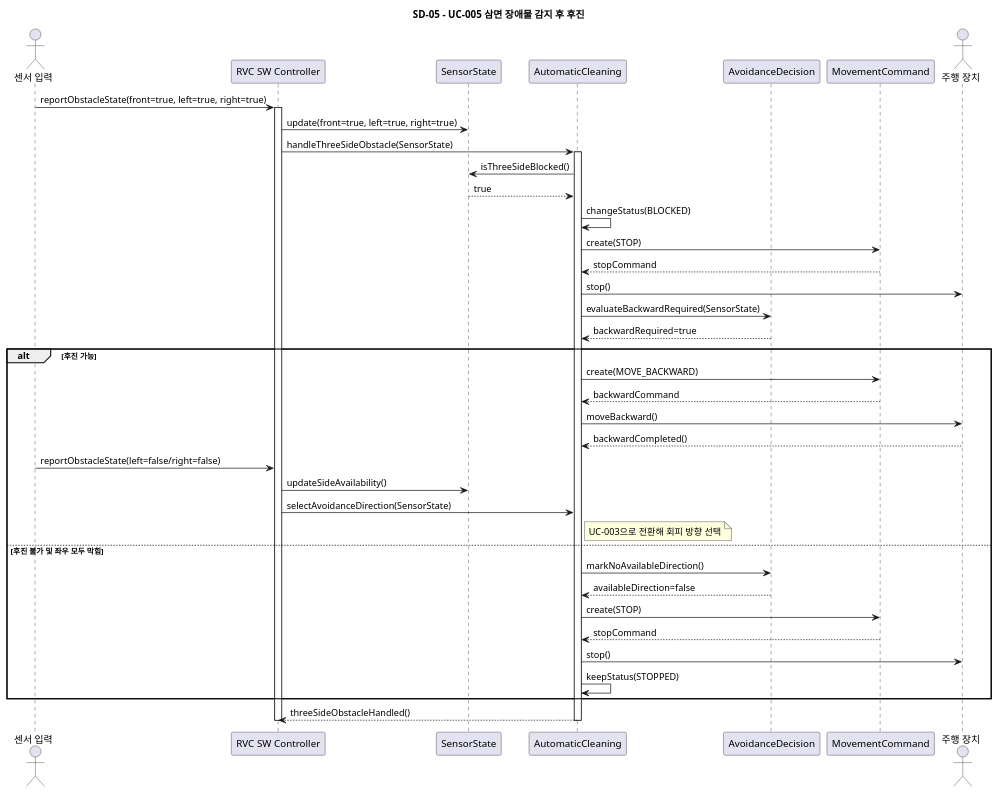
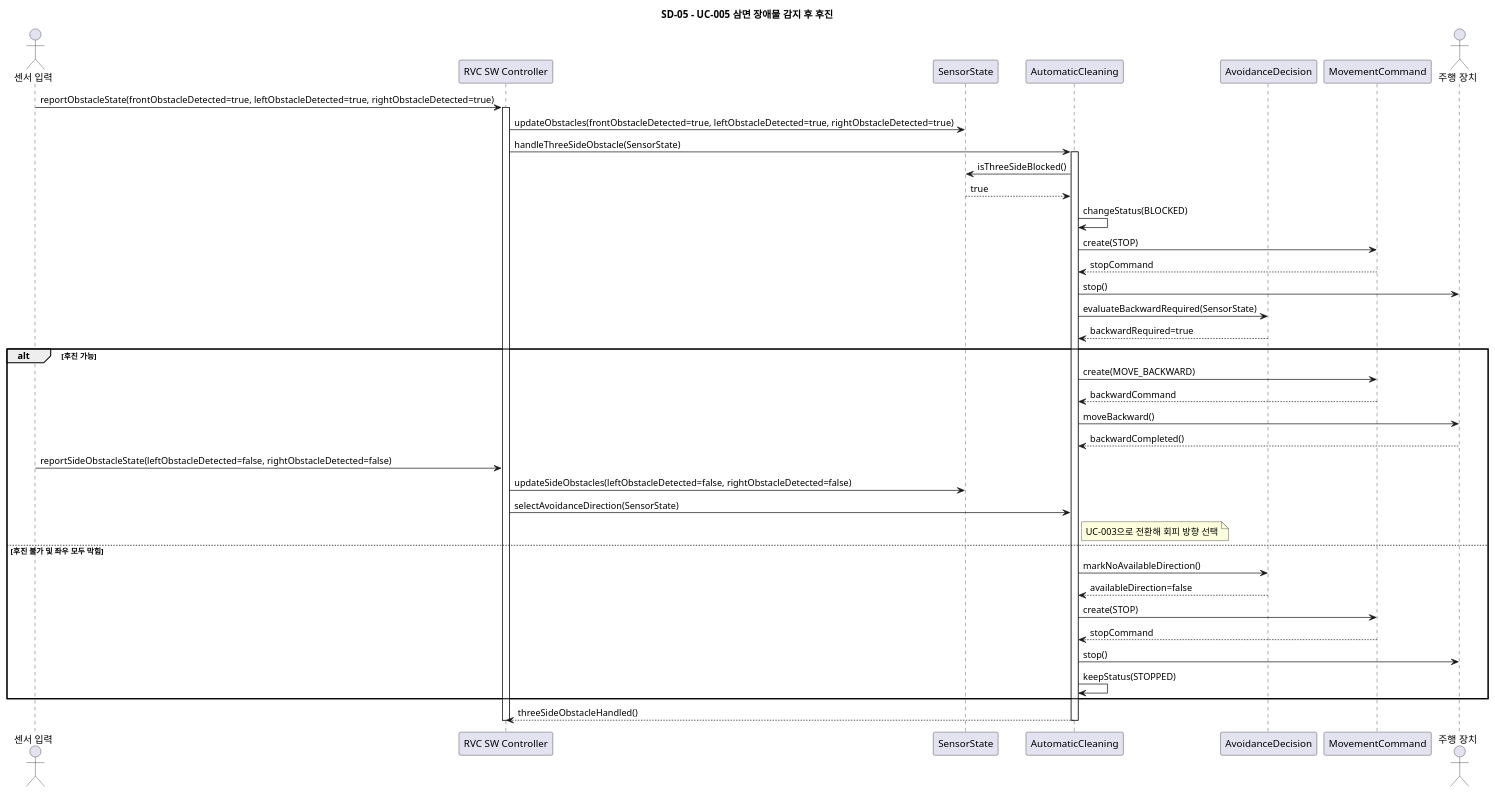
The diagram in docs/sd/SD-05.puml (OOAD-Team3/Robot-Vacuum-Cleaner-AI), drawn with PlantUML before and after one commit. The commit also changed 14 other files, not shown here.

Commit message:
docs: address diagram review feedback

```diff
--- a/docs/sd/SD-05.puml
+++ b/docs/sd/SD-05.puml
@@ -6,47 +6,47 @@
 @startuml SD_05_UC005_Backward_On_Three_Side_Obstacle
 title SD-05 - UC-005 삼면 장애물 감지 후 후진
 
 actor "센서 입력" as Sensor
 participant "RVC SW Controller" as Controller
 participant "SensorState" as SensorState
 participant "AutomaticCleaning" as Cleaning
 participant "AvoidanceDecision" as AvoidanceDecision
 participant "MovementCommand" as MovementCommand
 actor "주행 장치" as Drive
 
-Sensor -> Controller: reportObstacleState(front=true, left=true, right=true)
+Sensor -> Controller: reportObstacleState(frontObstacleDetected=true, leftObstacleDetected=true, rightObstacleDetected=true)
 activate Controller
-Controller -> SensorState: update(front=true, left=true, right=true)
+Controller -> SensorState: updateObstacles(frontObstacleDetected=true, leftObstacleDetected=true, rightObstacleDetected=true)
 Controller -> Cleaning: handleThreeSideObstacle(SensorState)
 activate Cleaning
 Cleaning -> SensorState: isThreeSideBlocked()
 SensorState --> Cleaning: true
 Cleaning -> Cleaning: changeStatus(BLOCKED)
 Cleaning -> MovementCommand: create(STOP)
 MovementCommand --> Cleaning: stopCommand
 Cleaning -> Drive: stop()
 Cleaning -> AvoidanceDecision: evaluateBackwardRequired(SensorState)
 AvoidanceDecision --> Cleaning: backwardRequired=true
 
 alt 후진 가능
     Cleaning -> MovementCommand: create(MOVE_BACKWARD)
     MovementCommand --> Cleaning: backwardCommand
     Cleaning -> Drive: moveBackward()
     Drive --> Cleaning: backwardCompleted()
-    Sensor -> Controller: reportObstacleState(left=false/right=false)
-    Controller -> SensorState: updateSideAvailability()
+    Sensor -> Controller: reportSideObstacleState(leftObstacleDetected=false, rightObstacleDetected=false)
+    Controller -> SensorState: updateSideObstacles(leftObstacleDetected=false, rightObstacleDetected=false)
     Controller -> Cleaning: selectAvoidanceDirection(SensorState)
     note right of Cleaning: UC-003으로 전환해 회피 방향 선택
 else 후진 불가 및 좌우 모두 막힘
     Cleaning -> AvoidanceDecision: markNoAvailableDirection()
     AvoidanceDecision --> Cleaning: availableDirection=false
     Cleaning -> MovementCommand: create(STOP)
     MovementCommand --> Cleaning: stopCommand
     Cleaning -> Drive: stop()
     Cleaning -> Cleaning: keepStatus(STOPPED)
 end
 
 Cleaning --> Controller: threeSideObstacleHandled()
 deactivate Cleaning
 deactivate Controller
 @enduml
```
